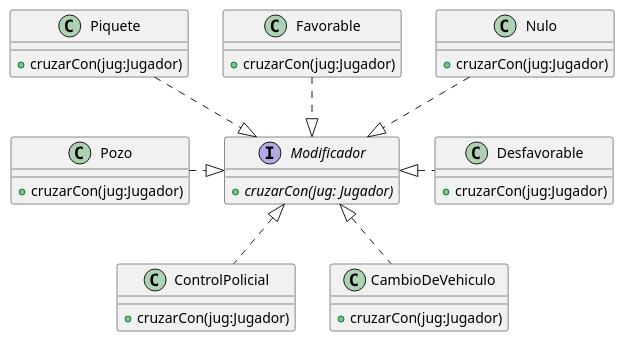
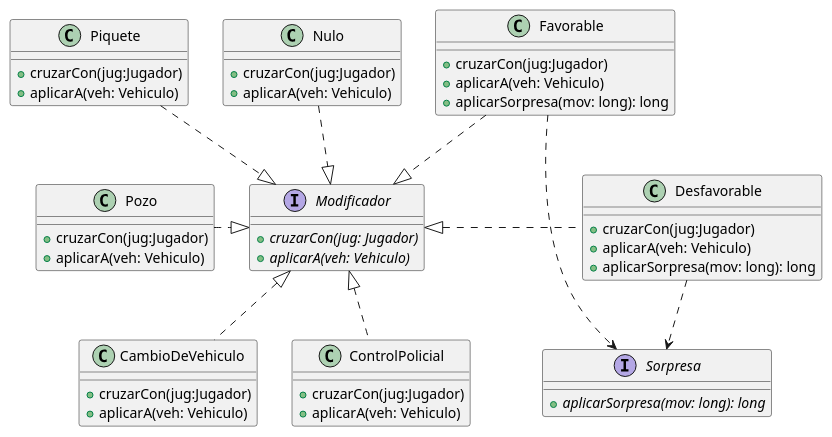
Before and after one commit to tomasayala/algo3_tp2_1C2022: the fourth of 4 diagrams in diagrams/classes/modelo/modelo.plantuml, drawn with PlantUML. The commit also changed other lines of this file and 6 other files, not shown here.

```diff
--- a/diagrams/classes/modelo/modelo.plantuml
+++ b/diagrams/classes/modelo/modelo.plantuml
@@ -150,43 +154,59 @@
-@startuml interface-modificador
+@startuml interface-modificador-sorpresa
+
+interface Sorpresa {
+    + {abstract} aplicarSorpresa(mov: long): long
+}
 
 interface Modificador {
     + {abstract} cruzarCon(jug: Jugador)
+    + {abstract} aplicarA(veh: Vehiculo)
 }
 
 class Pozo {
     + cruzarCon(jug:Jugador)
+    + aplicarA(veh: Vehiculo)
 }
 
 class ControlPolicial {
     + cruzarCon(jug:Jugador)
+    + aplicarA(veh: Vehiculo)
 }
 
 class Piquete {
     + cruzarCon(jug:Jugador)
+    + aplicarA(veh: Vehiculo)
 }
 
 class Favorable {
     + cruzarCon(jug:Jugador)
+    + aplicarA(veh: Vehiculo)
+    + aplicarSorpresa(mov: long): long
 }
 
 class Desfavorable {
     + cruzarCon(jug:Jugador)
+    + aplicarA(veh: Vehiculo)
+    + aplicarSorpresa(mov: long): long    
 }
 
 class CambioDeVehiculo {
     + cruzarCon(jug:Jugador)
+    + aplicarA(veh: Vehiculo)
 }
 
 class Nulo {
     + cruzarCon(jug:Jugador)
+    + aplicarA(veh: Vehiculo)
 }
 
 Favorable ..|> Modificador
 Desfavorable .left.|> Modificador
 CambioDeVehiculo .up.|> Modificador
 Pozo .right.|> Modificador
 Piquete ..|> Modificador
 ControlPolicial .up.|> Modificador
 Nulo ..|> Modificador
+Desfavorable ..> Sorpresa
+Favorable ..> Sorpresa
 
 @enduml
```
